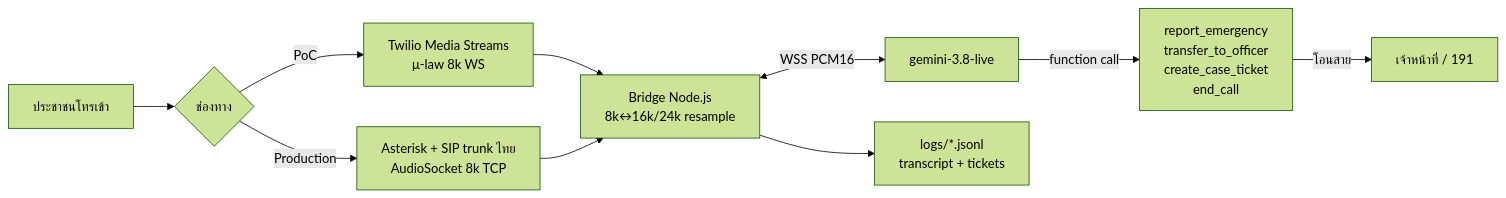
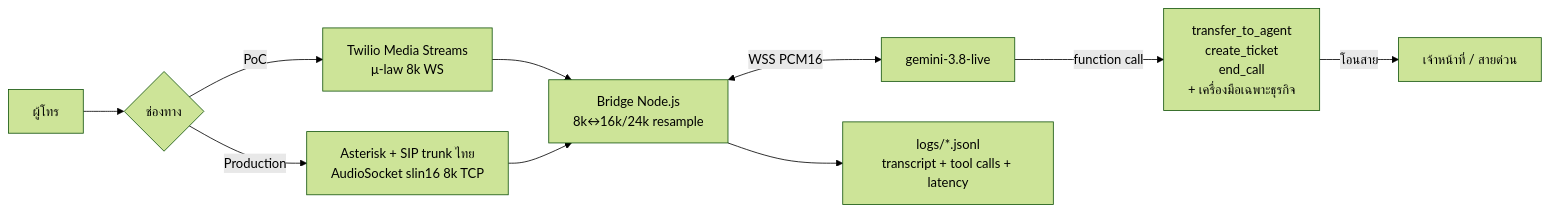
Before and after one commit to tiekungsos/call-center-aiagent: the diagram in README.md, drawn with Mermaid (forest theme). The commit also changed other lines of this file and 4 other files, not shown here.

````diff
--- a/README.md
+++ b/README.md
@@ -6,12 +9,12 @@
 ```mermaid
 flowchart LR
-  P[ประชาชนโทรเข้า] --> T{ช่องทาง}
+  P[ผู้โทร] --> T{ช่องทาง}
   T -->|PoC| TW[Twilio Media Streams<br/>μ-law 8k WS]
-  T -->|Production| AST[Asterisk + SIP trunk ไทย<br/>AudioSocket 8k TCP]
+  T -->|Production| AST[Asterisk + SIP trunk ไทย<br/>AudioSocket slin16 8k TCP]
   TW --> B[Bridge Node.js<br/>8k↔16k/24k resample]
   AST --> B
   B <-->|WSS PCM16| G[gemini-3.8-live]
-  G -->|function call| TOOLS[report_emergency<br/>transfer_to_officer<br/>create_case_ticket<br/>end_call]
-  TOOLS -->|โอนสาย| OFF[เจ้าหน้าที่ / 191]
-  B --> LOG[logs/*.jsonl<br/>transcript + tickets]
+  G -->|function call| TOOLS[transfer_to_agent<br/>create_ticket<br/>end_call<br/>+ เครื่องมือเฉพาะธุรกิจ]
+  TOOLS -->|โอนสาย| OFF[เจ้าหน้าที่ / สายด่วน]
+  B --> LOG[logs/*.jsonl<br/>transcript + tool calls + latency]
 ```
````
